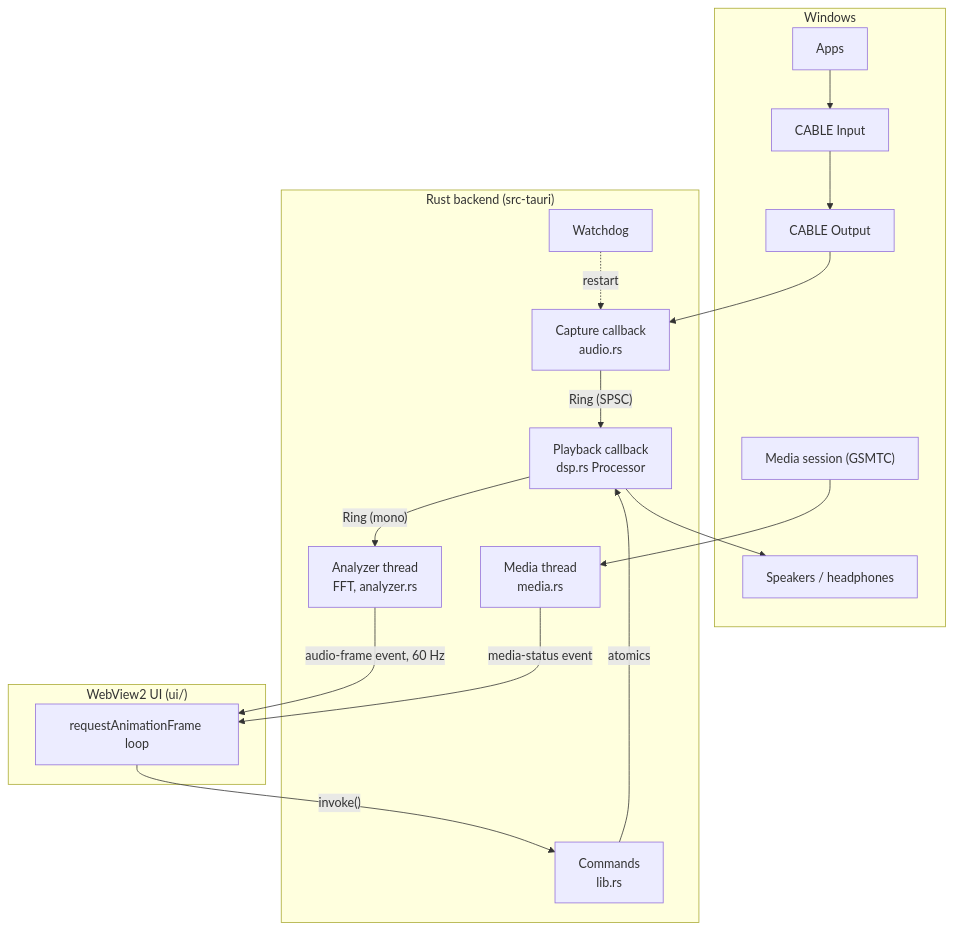
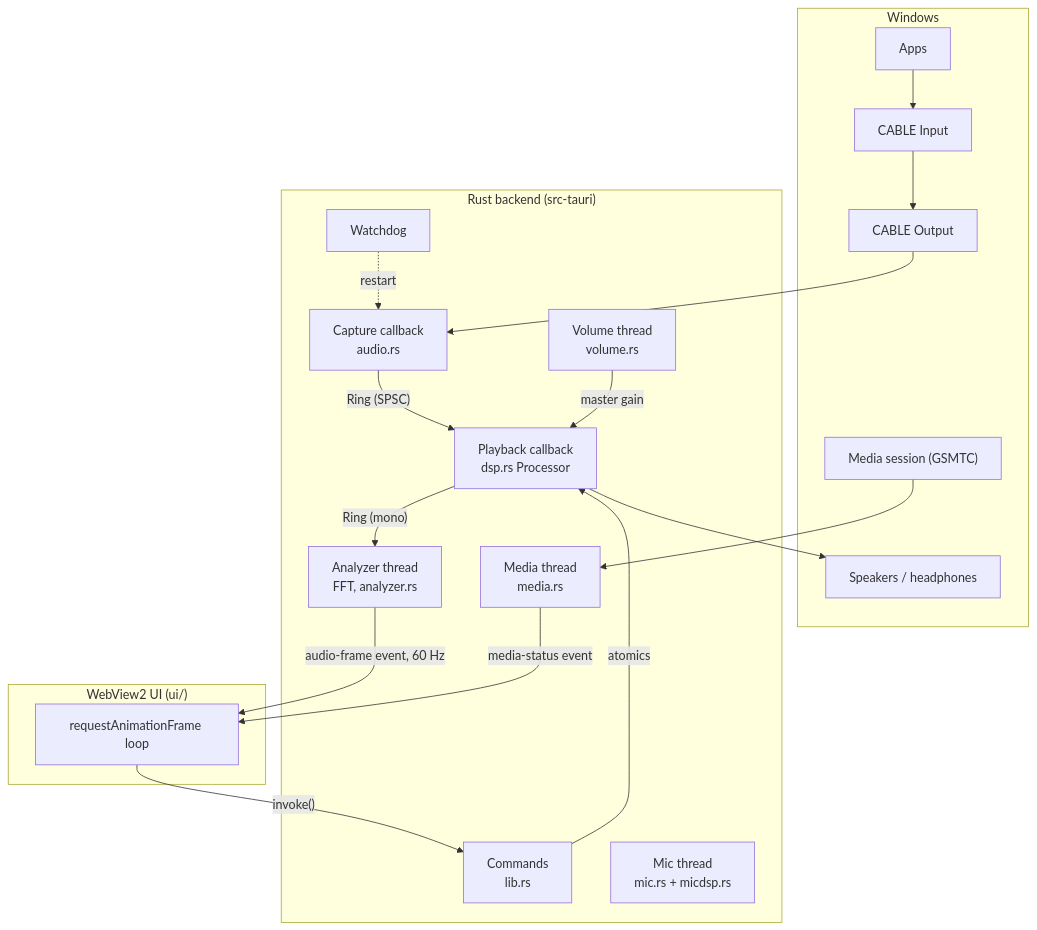
The diagram in docs/ARCHITECTURE.md (fr4gout/SonicBoost), drawn with Mermaid before and after one commit. The commit also changed other lines of this file and 29 other files, not shown here.

````diff
--- a/docs/ARCHITECTURE.md
+++ b/docs/ARCHITECTURE.md
@@ -18,28 +21,30 @@
 ```mermaid
 flowchart TB
     subgraph Windows
         APPS["Apps"] --> CI["CABLE Input"]
         CI --> CO["CABLE Output"]
         SPK["Speakers / headphones"]
         GSMTC["Media session (GSMTC)"]
     end
 
     subgraph Rust ["Rust backend (src-tauri)"]
         CAP["Capture callback<br/>audio.rs"] -- "Ring (SPSC)" --> PLAY["Playback callback<br/>dsp.rs Processor"]
         PLAY -- "Ring (mono)" --> AN["Analyzer thread<br/>FFT, analyzer.rs"]
         MEDIA["Media thread<br/>media.rs"]
         CMD["Commands<br/>lib.rs"] -- "atomics" --> PLAY
         WD["Watchdog"] -. "restart" .-> CAP
+        VOL["Volume thread<br/>volume.rs"] -- "master gain" --> PLAY
+        MIC["Mic thread<br/>mic.rs + micdsp.rs"]
     end
 
     subgraph UI ["WebView2 UI (ui/)"]
         LOOP["requestAnimationFrame loop"]
     end
 
     CO --> CAP
     PLAY --> SPK
     GSMTC --> MEDIA
     AN -- "audio-frame event, 60 Hz" --> LOOP
     MEDIA -- "media-status event" --> LOOP
     LOOP -- "invoke()" --> CMD
 ```
````
